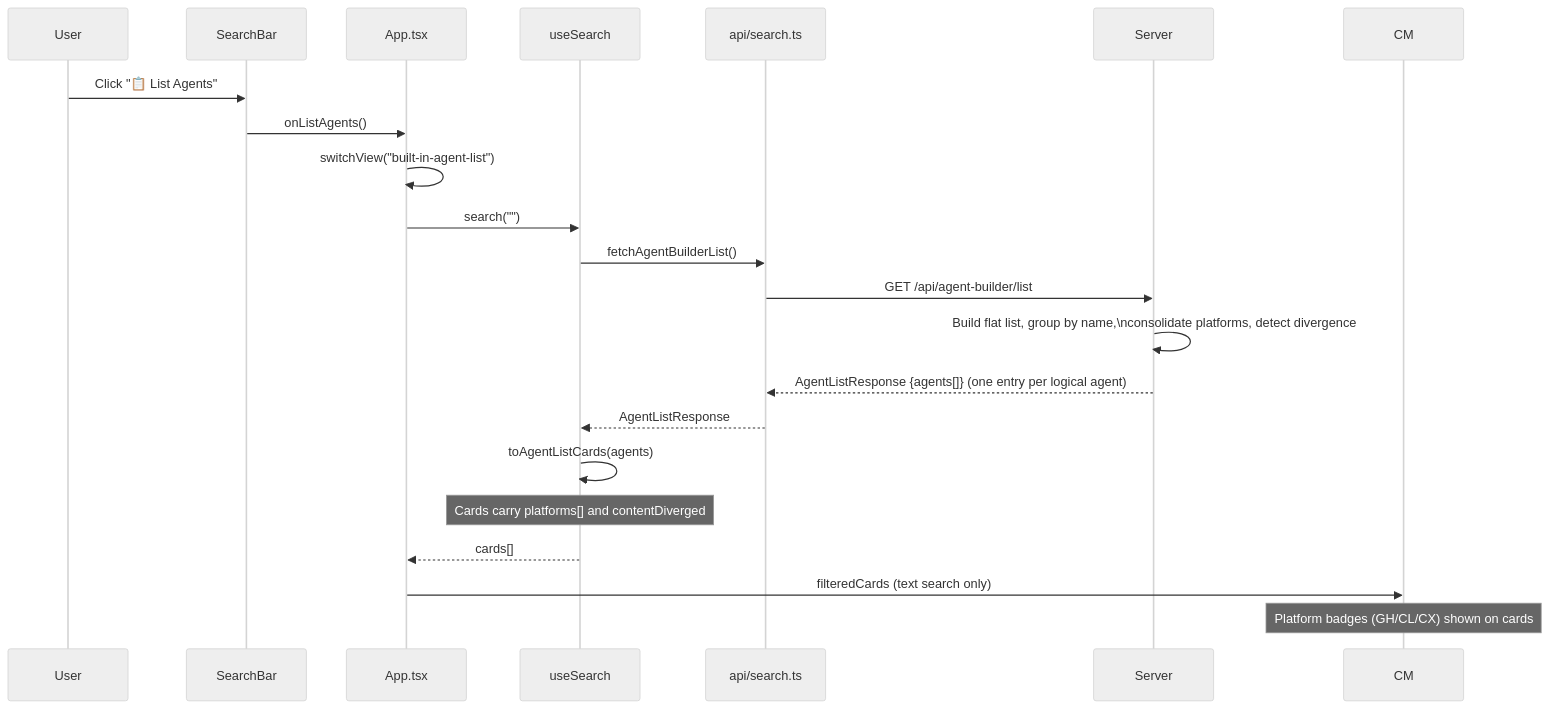
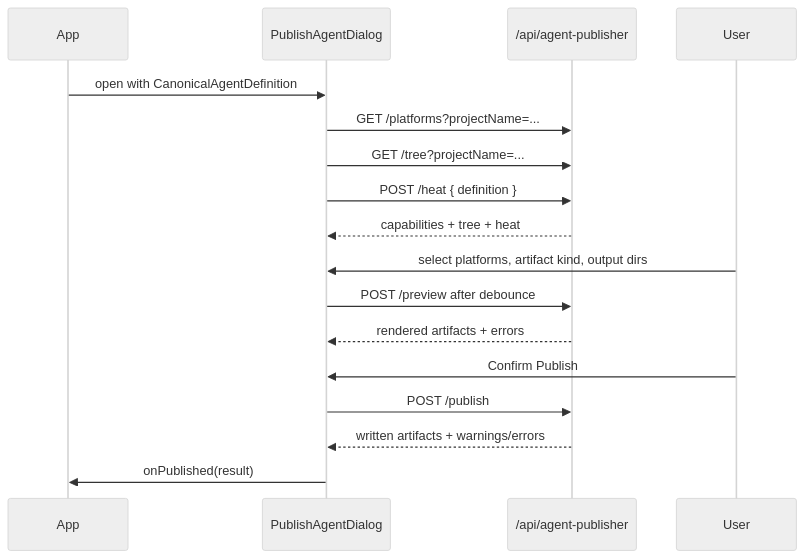
One commit to Kyliathy/context-core changed the third of 3 diagrams in visualizer/zz-reach2/architecture/agents/archi-agent-builder-ui.md. Above: the diagram before and after it, drawn with Mermaid (neutral theme). The commit also changed other lines of this file and 87 other files, not shown here.

````diff
--- a/visualizer/zz-reach2/architecture/agents/archi-agent-builder-ui.md
+++ b/visualizer/zz-reach2/architecture/agents/archi-agent-builder-ui.md
@@ -358,24 +154,20 @@
 ```mermaid
 sequenceDiagram
-    participant U as User
-    participant SB as SearchBar
-    participant APP as App.tsx
-    participant US as useSearch
-    participant API as api/search.ts
-    participant SRV as Server
+    participant App
+    participant Dialog as PublishAgentDialog
+    participant API as /api/agent-publisher
+    participant User
 
-    U->>SB: Click "📋 List Agents"
-    SB->>APP: onListAgents()
-    APP->>APP: switchView("built-in-agent-list")
-    APP->>US: search("")
-    US->>API: fetchAgentBuilderList()
-    API->>SRV: GET /api/agent-builder/list
-    SRV->>SRV: Build flat list, group by name,\nconsolidate platforms, detect divergence
-    SRV-->>API: AgentListResponse {agents[]} (one entry per logical agent)
-    API-->>US: AgentListResponse
-    US->>US: toAgentListCards(agents)
-    Note over US: Cards carry platforms[] and contentDiverged
-    US-->>APP: cards[]
-    APP->>CM: filteredCards (text search only)
-    Note over CM: Platform badges (GH/CL/CX) shown on cards
+    App->>Dialog: open with CanonicalAgentDefinition
+    Dialog->>API: GET /platforms?projectName=...
+    Dialog->>API: GET /tree?projectName=...
+    Dialog->>API: POST /heat { definition }
+    API-->>Dialog: capabilities + tree + heat
+    User->>Dialog: select platforms, artifact kind, output dirs
+    Dialog->>API: POST /preview after debounce
+    API-->>Dialog: rendered artifacts + errors
+    User->>Dialog: Confirm Publish
+    Dialog->>API: POST /publish
+    API-->>Dialog: written artifacts + warnings/errors
+    Dialog->>App: onPublished(result)
 ```
````
